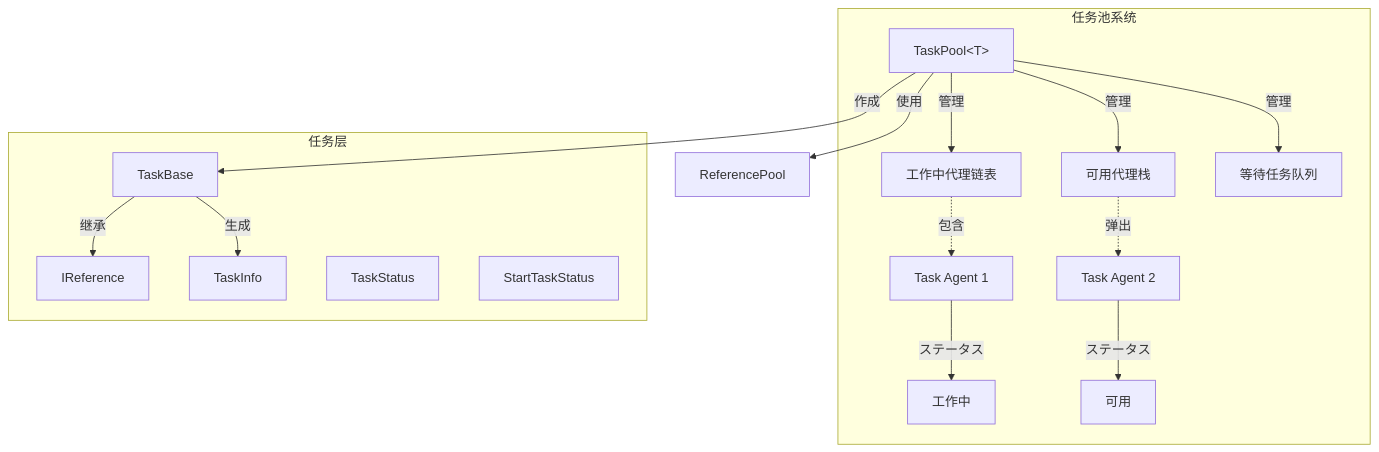
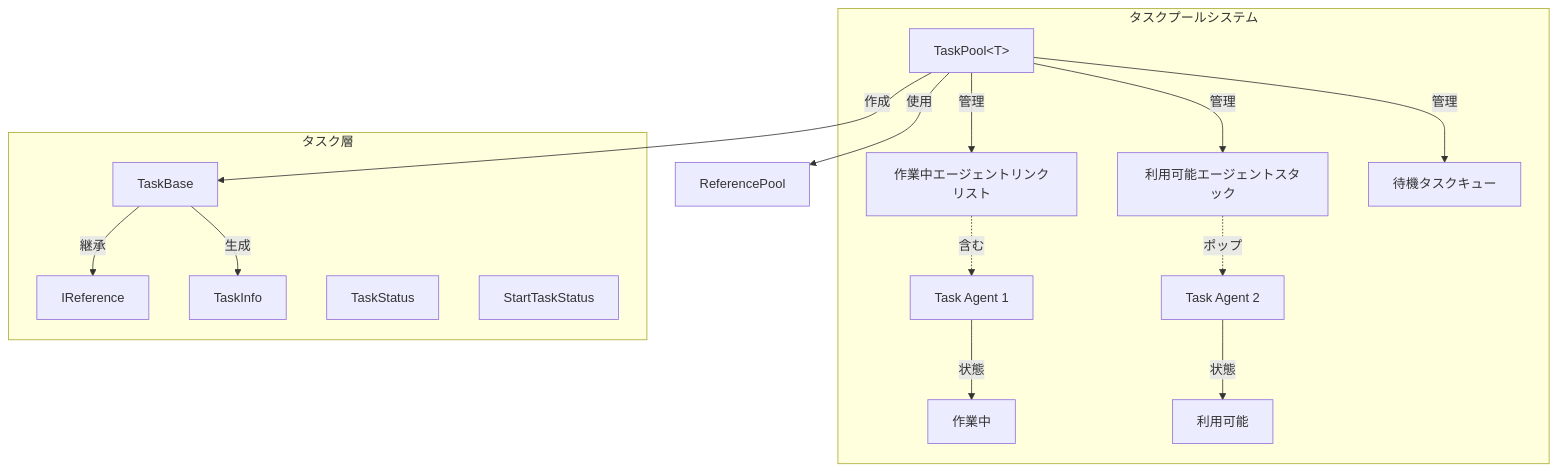
The first of 3 diagrams in docs/ja/client/unity/component/core/09.task-pool.md (AlianBlank/GameFrameX.Docs), drawn with Mermaid before and after one commit. The commit also changed other lines of this file and 320 other files, not shown here.

````diff
--- a/docs/ja/client/unity/component/core/09.task-pool.md
+++ b/docs/ja/client/unity/component/core/09.task-pool.md
@@ -22,25 +22,25 @@
 ```mermaid
 graph TD
-    subgraph TaskPoolSystem["任务池系统"]
-        TP[TaskPool&lt;T&gt;] -->|"管理"| FreeAgents[可用代理栈]
-        TP -->|"管理"| WorkingAgents[工作中代理链表]
-        TP -->|"管理"| WaitingTasks[等待任务队列]
-        
-        TA1[Task Agent 1] -->|"ステータス"| TAS1[工作中]
-        TA2[Task Agent 2] -->|"ステータス"| TAS2[可用]
-        
-        FreeAgents -.->|"弹出"| TA2
-        WorkingAgents -.->|"包含"| TA1
+    subgraph TaskPoolSystem["タスクプールシステム"]
+        TP[TaskPool&lt;T&gt;] -->|"管理"| FreeAgents[利用可能エージェントスタック]
+        TP -->|"管理"| WorkingAgents[作業中エージェントリンクリスト]
+        TP -->|"管理"| WaitingTasks[待機タスクキュー]
+
+        TA1[Task Agent 1] -->|"状態"| TAS1[作業中]
+        TA2[Task Agent 2] -->|"状態"| TAS2[利用可能]
+
+        FreeAgents -.->|"ポップ"| TA2
+        WorkingAgents -.->|"含む"| TA1
     end
-    
-    subgraph Task["任务层"]
-        TB[TaskBase] -->|"继承"| IRef[IReference]
+
+    subgraph Task["タスク層"]
+        TB[TaskBase] -->|"継承"| IRef[IReference]
         TI[TaskInfo]
         TS[TaskStatus]
         STS[StartTaskStatus]
     end
-    
+
     TP -->|"使用"| RefPool[ReferencePool]
     TP -->|"作成"| TB
     TB -->|"生成"| TI
 ```
````
